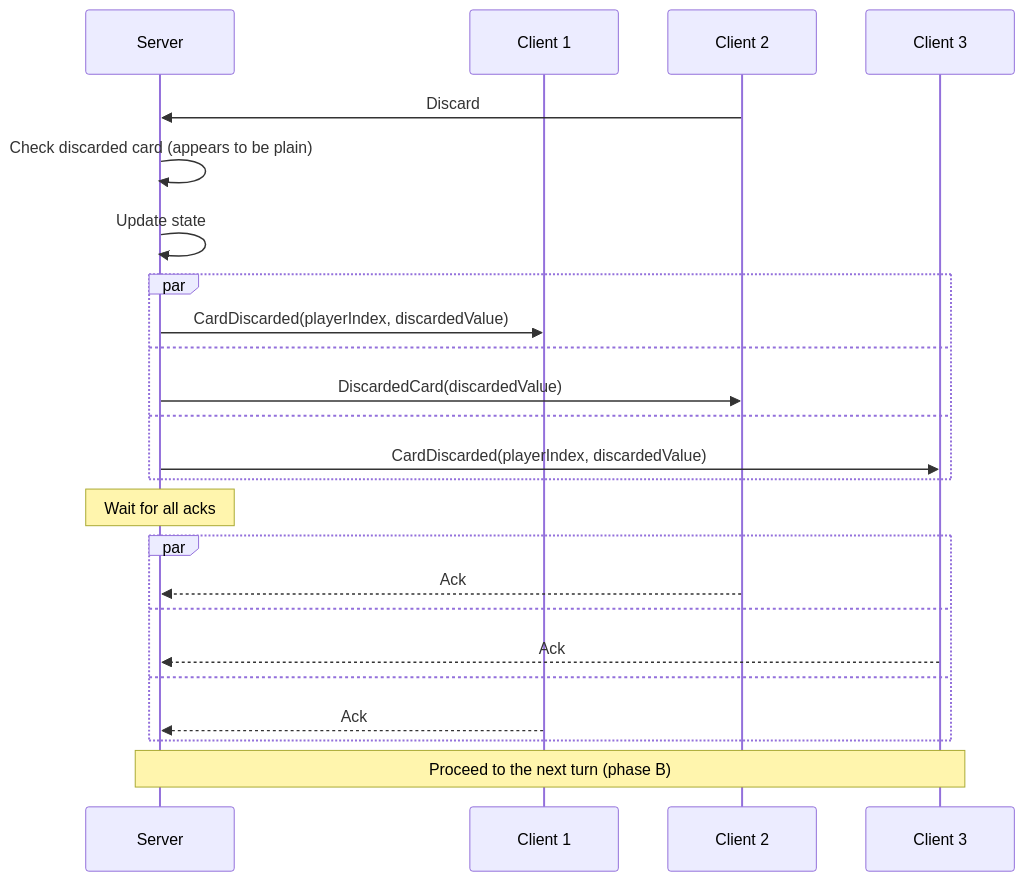
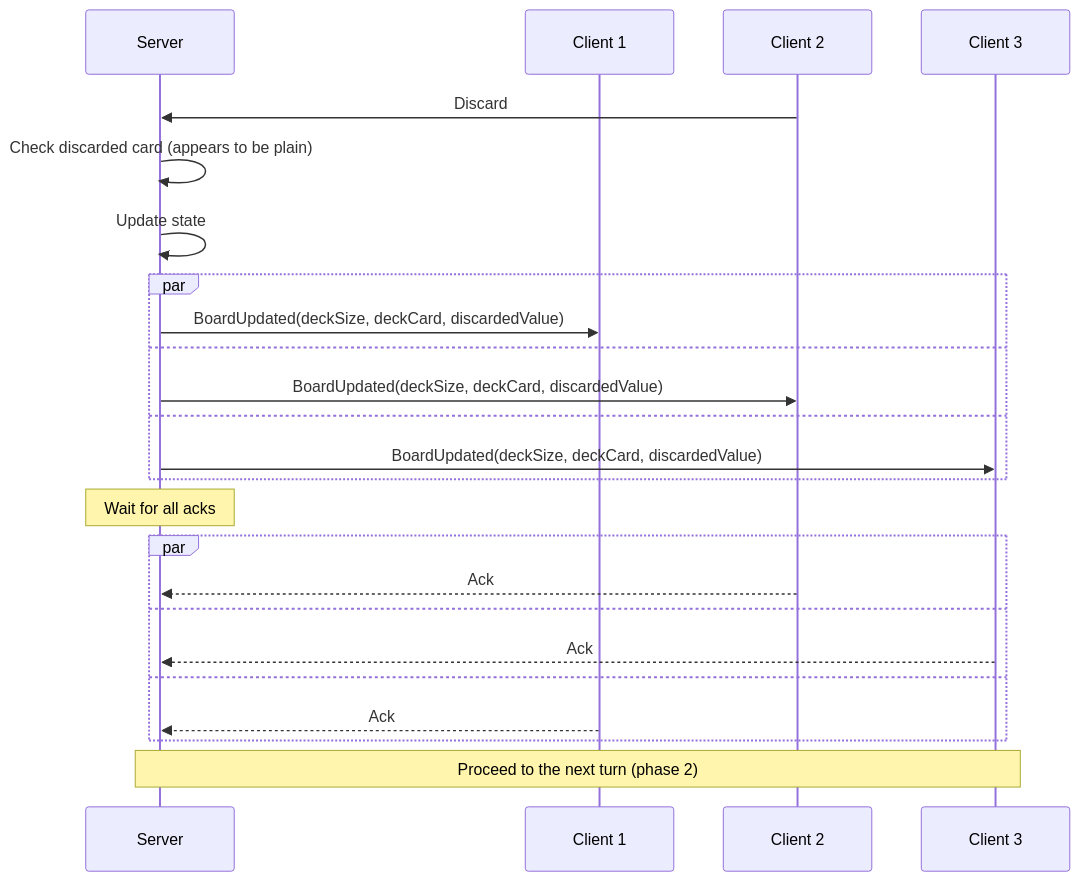
The tenth of 15 diagrams in README.md (roman-zubarevich/another), drawn with Mermaid before and after one commit. The commit also changed other lines of this file, not shown here.

````diff
--- a/README.md
+++ b/README.md
@@ -282,26 +291,26 @@
 ```mermaid
 sequenceDiagram
     participant S as Server
     participant C1 as Client 1
     participant C2 as Client 2
     participant C3 as Client 3
     C2->>S: Discard
     S->>S: Check discarded card (appears to be plain)
     S->>S: Update state
     par
-        S->>C1: CardDiscarded(playerIndex, discardedValue)
+        S->>C1: BoardUpdated(deckSize, deckCard, discardedValue)
     and
-        S->>C2: DiscardedCard(discardedValue)
+        S->>C2: BoardUpdated(deckSize, deckCard, discardedValue)
     and
-        S->>C3: CardDiscarded(playerIndex, discardedValue)
+        S->>C3: BoardUpdated(deckSize, deckCard, discardedValue)
     end
     Note over S: Wait for all acks
     par
         C2-->>S: Ack
     and
         C3-->>S: Ack
     and
         C1-->>S: Ack
     end
-    Note over S,C3: Proceed to the next turn (phase B)
+    Note over S,C3: Proceed to the next turn (phase 2)
 ```
````
